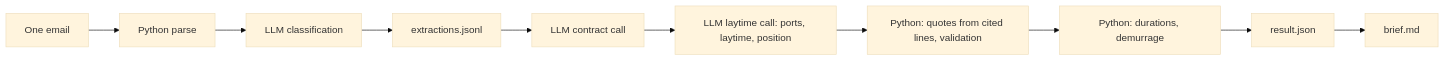
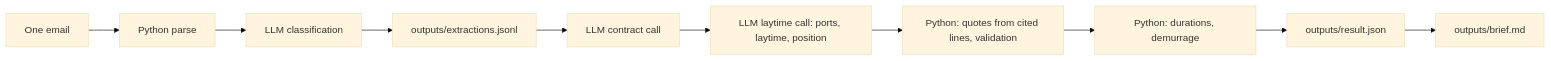
One commit to silviiaromanato/demurrage changed the first of 5 diagrams in ARCHITECTURE.md. Above: the diagram before and after it, drawn with Mermaid (base theme). The commit also changed other lines of this file and 38 other files, not shown here.

````diff
--- a/ARCHITECTURE.md
+++ b/ARCHITECTURE.md
@@ -51,12 +51,12 @@
 ```mermaid
 flowchart LR
     Email["One email"] --> Parse["Python parse"]
     Parse --> Extract["LLM classification"]
-    Extract --> Records["extractions.jsonl"]
+    Extract --> Records["outputs/extractions.jsonl"]
     Records --> Contract["LLM contract call"]
     Contract --> Laytime["LLM laytime call: ports, laytime, position"]
     Laytime --> Quotes["Python: quotes from cited lines, validation"]
     Quotes --> Calculate["Python: durations, demurrage"]
-    Calculate --> Result["result.json"]
-    Result --> Brief["brief.md"]
+    Calculate --> Result["outputs/result.json"]
+    Result --> Brief["outputs/brief.md"]
 ```
````
